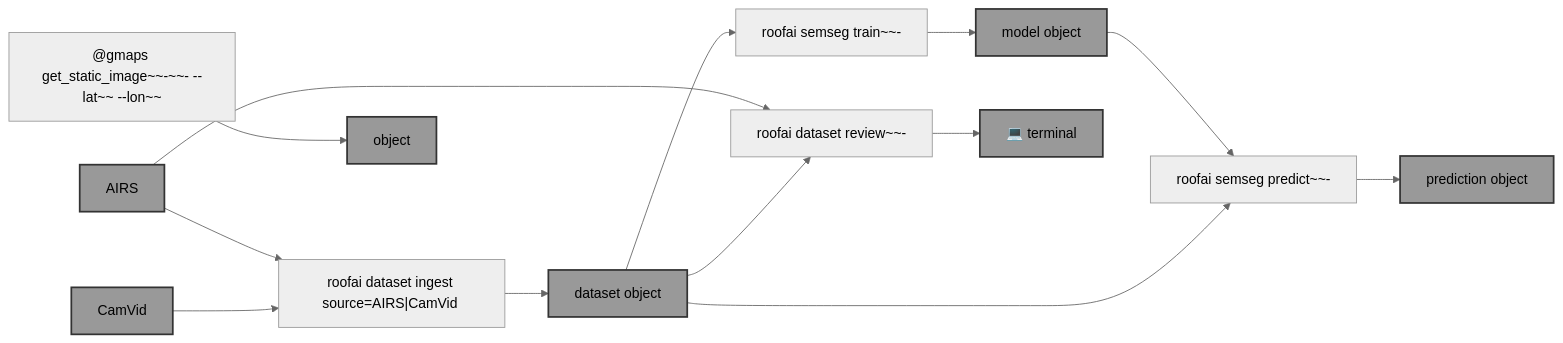
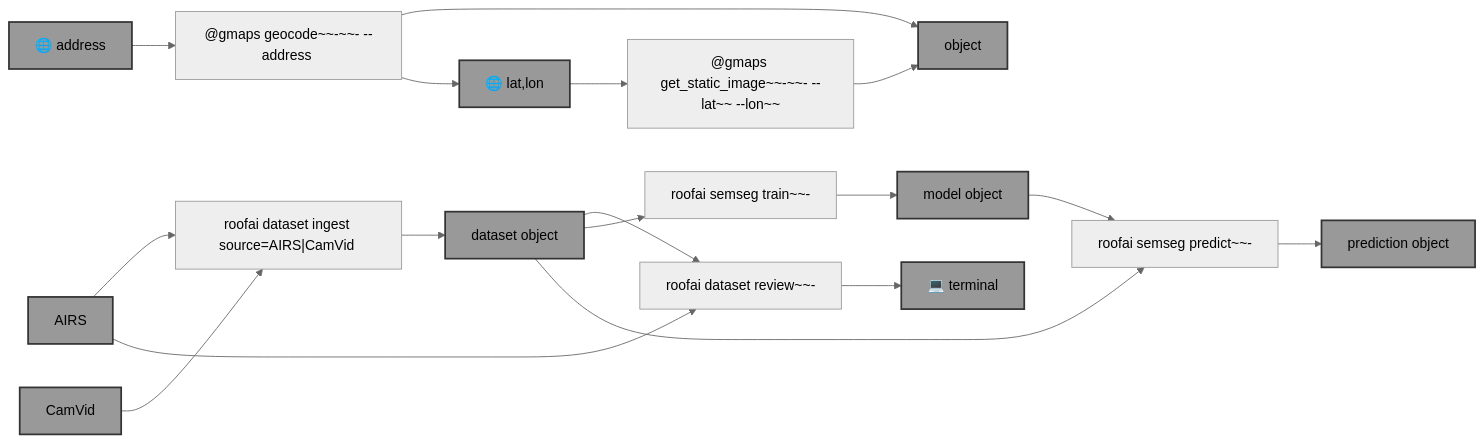
The diagram in template.md (kamangir/roofai), drawn with Mermaid (neutral theme) before and after one commit. The commit also changed 5 other files, not shown here.

````diff
--- a/template.md
+++ b/template.md
@@ -9,39 +9,48 @@
 ```mermaid
 graph LR
     dataset_ingest["roofai dataset ingest source=AIRS|CamVid <dataset-object-name>"]
 
     dataset_review["roofai dataset review~~- <dataset-object-name>"]
 
     gmaps_get_static_image["@gmaps get_static_image~~-~~- --lat~~<lat> --lon~~<lon>"]
 
+    gmaps_geocode["@gmaps geocode~~-~~- --address <address>"]
+
     semseg_train["roofai semseg train~~- <dataset-object-name> <model-object-name>"]
 
     semseg_predict["roofai semseg predict~~- <model-object-name> <dataset-object-name> <prediction-object-name>"]
 
+    address["🌐 address"]:::folder
+    lat_lon["🌐 lat,lon"]:::folder
     AIRS["AIRS"]:::folder
     CamVid["CamVid"]:::folder
     dataset_object_name["dataset object"]:::folder
     model_object_name["model object"]:::folder
     prediction_object_name["prediction object"]:::folder
     object_name["object"]:::folder
     terminal["💻 terminal"]:::folder
 
     AIRS --> dataset_ingest
     CamVid --> dataset_ingest
     dataset_ingest --> dataset_object_name
 
     AIRS --> dataset_review
     dataset_object_name --> dataset_review
     dataset_review --> terminal
 
     dataset_object_name --> semseg_train
     semseg_train --> model_object_name
 
     model_object_name --> semseg_predict
     dataset_object_name --> semseg_predict
     semseg_predict --> prediction_object_name
 
+    lat_lon --> gmaps_get_static_image
     gmaps_get_static_image --> object_name
+
+    address --> gmaps_geocode
+    gmaps_geocode --> object_name
+    gmaps_geocode --> lat_lon
 
     classDef folder fill:#999,stroke:#333,stroke-width:2px;
 ```
````
